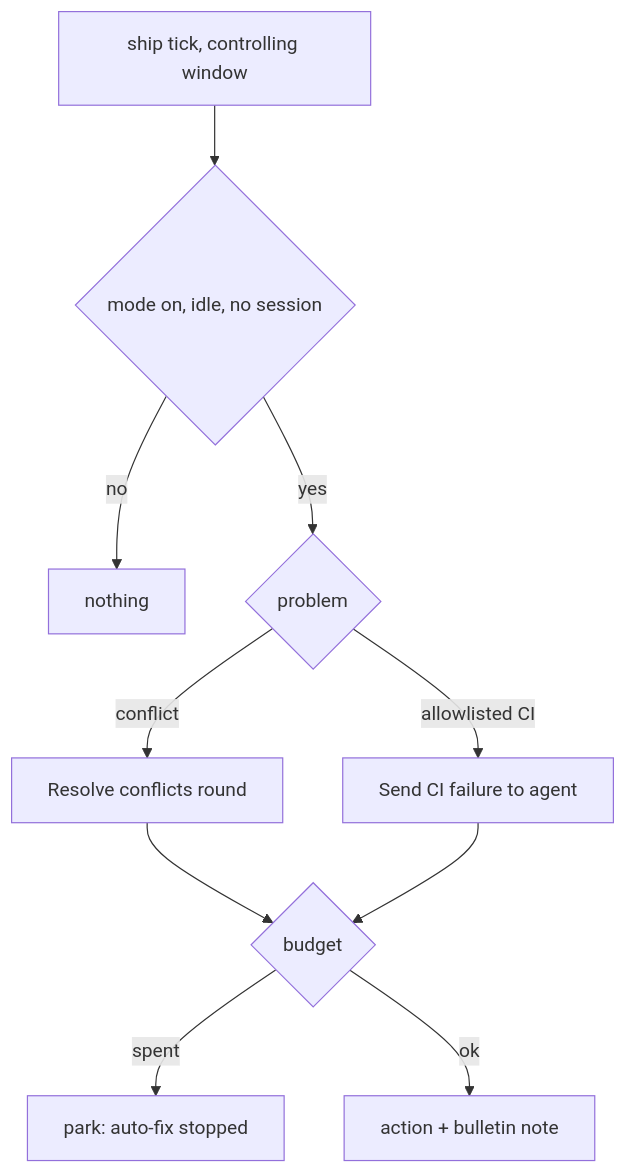
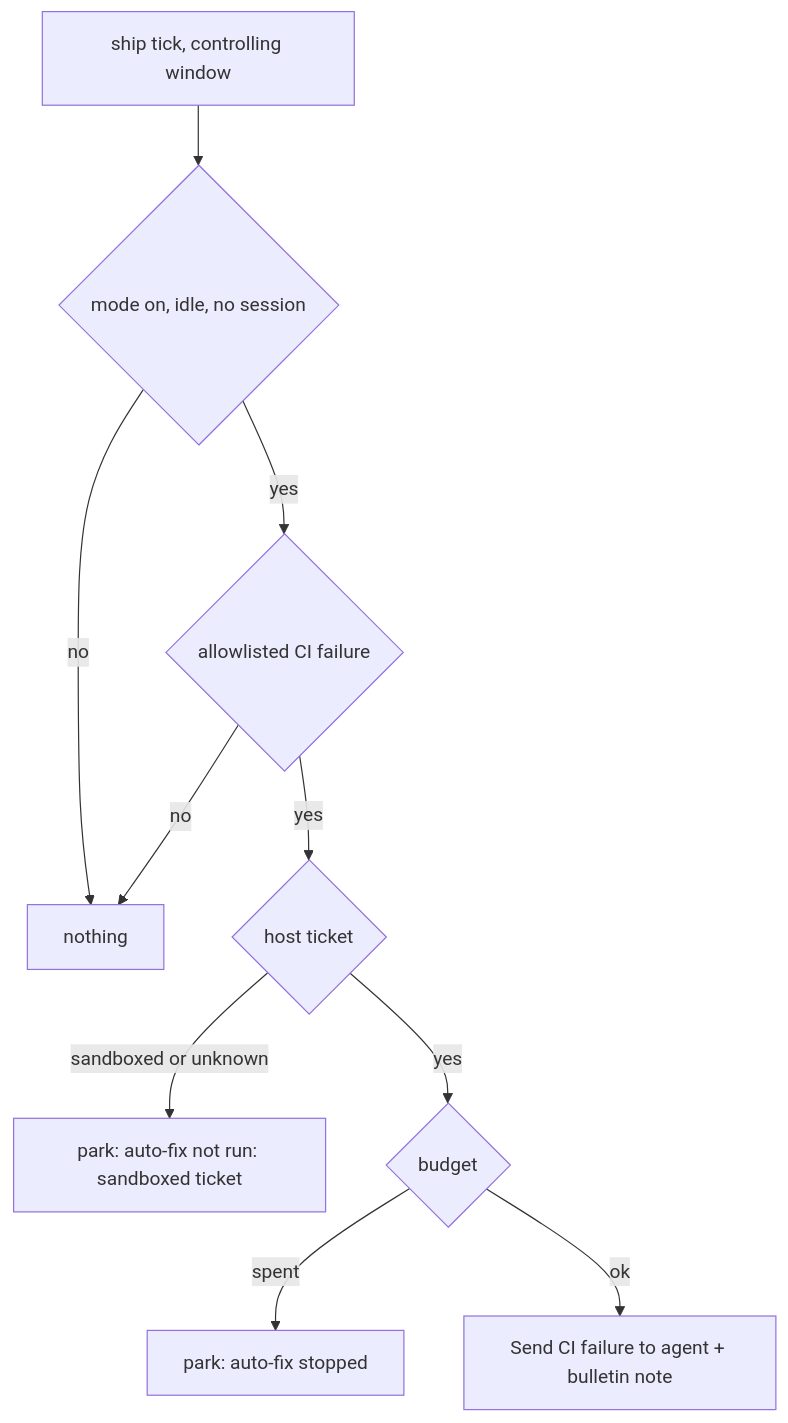
The diagram in docs/arch/autopilot.md (AndrewHaluza/karst), drawn with Mermaid before and after one commit. The commit also changed other lines of this file and 23 other files, not shown here.

First line of the commit message:
fix: autopilot is CI-only on host tickets; park sandboxed tickets; one session owner

````diff
--- a/docs/arch/autopilot.md
+++ b/docs/arch/autopilot.md
@@ -24,12 +24,12 @@
 ```mermaid
 flowchart TD
   T[ship tick, controlling window] --> G{mode on, idle, no session}
   G -->|no| X[nothing]
-  G -->|yes| P{problem}
-  P -->|conflict| C[Resolve conflicts round]
-  P -->|allowlisted CI| S[Send CI failure to agent]
-  C --> B{budget}
-  S --> B
+  G -->|yes| P{allowlisted CI failure}
+  P -->|no| X
+  P -->|yes| H{host ticket}
+  H -->|sandboxed or unknown| Q[park: auto-fix not run: sandboxed ticket]
+  H -->|yes| B{budget}
   B -->|spent| W[park: auto-fix stopped]
-  B -->|ok| N[action + bulletin note]
+  B -->|ok| N[Send CI failure to agent + bulletin note]
 ```
````
